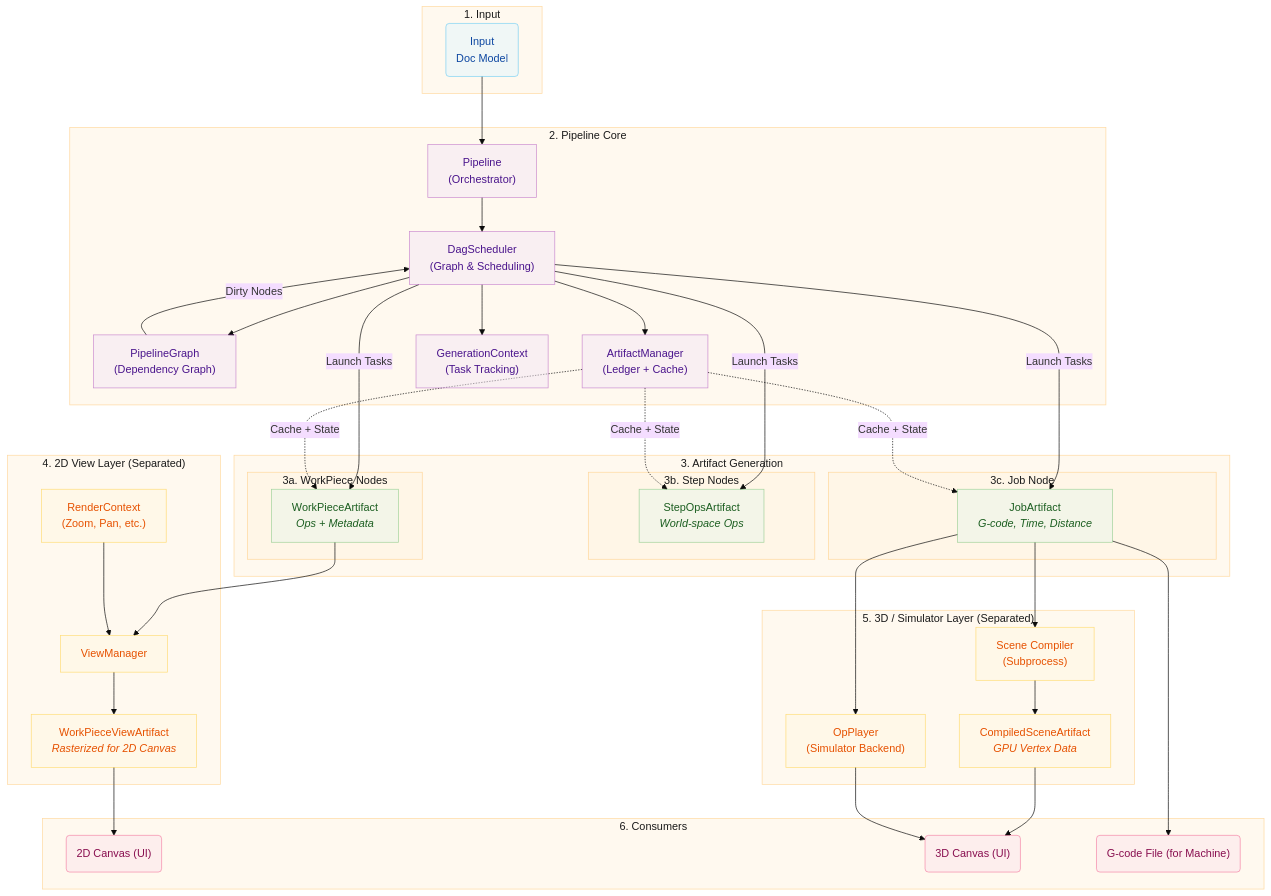
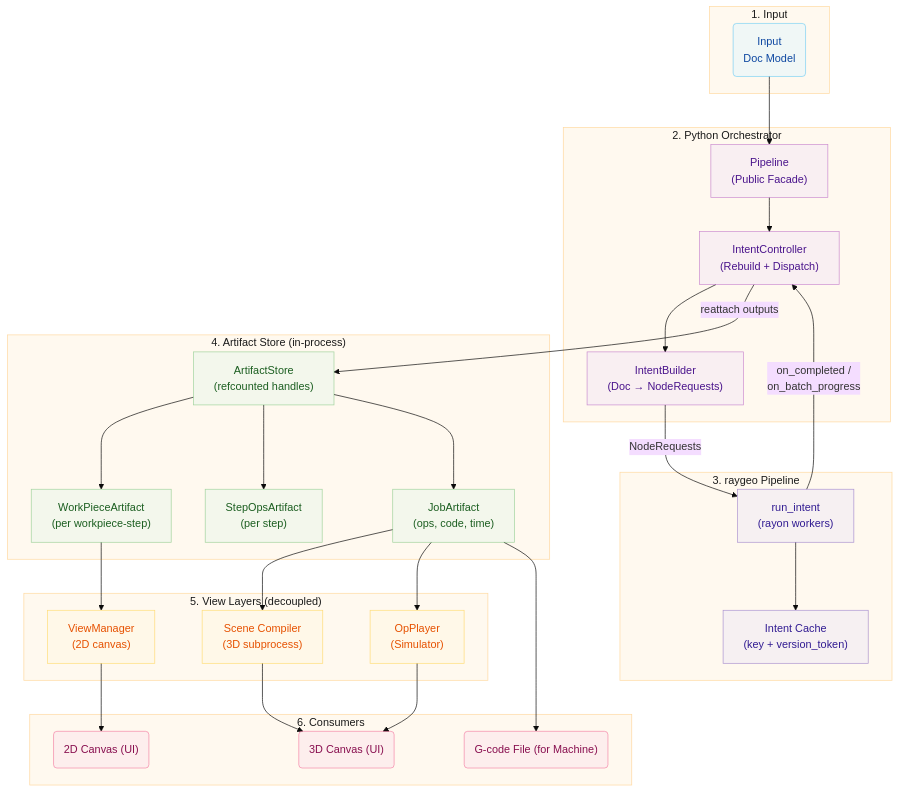
Before and after one commit to barebaric/rayforge: the diagram in website/docs/developer/pipeline.md, drawn with Mermaid (base theme). The commit also changed other lines of this file and 7 other files, not shown here.

````diff
--- a/website/docs/developer/pipeline.md
+++ b/website/docs/developer/pipeline.md
@@ -15,38 +20,28 @@
         InputNode("Input<br/>Doc Model")
     end
 
-    subgraph PipelineCore["2. Pipeline Core"]
-        Pipeline["Pipeline<br/>(Orchestrator)"]
-        DAG["DagScheduler<br/>(Graph & Scheduling)"]
-        Graph["PipelineGraph<br/>(Dependency Graph)"]
-        AM["ArtifactManager<br/>(Ledger + Cache)"]
-        GC["GenerationContext<br/>(Task Tracking)"]
+    subgraph PythonOrchestrator["2. Python Orchestrator"]
+        Pipeline["Pipeline<br/>(Public Facade)"]
+        IC["IntentController<br/>(Rebuild + Dispatch)"]
+        IB["IntentBuilder<br/>(Doc &rarr; NodeRequests)"]
     end
 
-    subgraph ArtifactGen["3. Artifact Generation"]
-        subgraph WorkPieceNodes["3a. WorkPiece Nodes"]
-            WP["WorkPieceArtifact<br/><i>Ops + Metadata</i>"]
-        end
-
-        subgraph StepNodes["3b. Step Nodes"]
-            SO["StepOpsArtifact<br/><i>World-space Ops</i>"]
-        end
-
-        subgraph JobNode["3c. Job Node"]
-            JA["JobArtifact<br/><i>G-code, Time, Distance</i>"]
-        end
+    subgraph Raygeo["3. raygeo Pipeline"]
+        RI["run_intent<br/>(rayon workers)"]
+        Cache["Intent Cache<br/>(key + version_token)"]
     end
 
-    subgraph View2D["4. 2D View Layer (Separated)"]
-        VM["ViewManager"]
-        RC["RenderContext<br/>(Zoom, Pan, etc.)"]
-        WV["WorkPieceViewArtifact<br/><i>Rasterized for 2D Canvas</i>"]
+    subgraph Artifacts["4. Artifact Store (in-process)"]
+        Store["ArtifactStore<br/>(refcounted handles)"]
+        WP["WorkPieceArtifact<br/>(per workpiece-step)"]
+        SO["StepOpsArtifact<br/>(per step)"]
+        JA["JobArtifact<br/>(ops, code, time)"]
     end
 
-    subgraph View3D["5. 3D / Simulator Layer (Separated)"]
-        SC["Scene Compiler<br/>(Subprocess)"]
-        CS["CompiledSceneArtifact<br/><i>GPU Vertex Data</i>"]
-        OP["OpPlayer<br/>(Simulator Backend)"]
+    subgraph View["5. View Layers (decoupled)"]
+        VM["ViewManager<br/>(2D canvas)"]
+        SC["Scene Compiler<br/>(3D subprocess)"]
+        OP["OpPlayer<br/>(Simulator)"]
     end
 
     subgraph Consumers["6. Consumers"]
@@ -56,43 +51,37 @@
     end
 
     InputNode --> Pipeline
-    Pipeline --> DAG
-    DAG --> Graph
-    DAG --> AM
-    DAG --> GC
-
-    Graph -->|"Dirty Nodes"| DAG
-    DAG -->|"Launch Tasks"| WP
-    DAG -->|"Launch Tasks"| SO
-    DAG -->|"Launch Tasks"| JA
-
-    AM -.->|"Cache + State"| WP
-    AM -.->|"Cache + State"| SO
-    AM -.->|"Cache + State"| JA
+    Pipeline --> IC
+    IC --> IB
+    IB -->|"NodeRequests"| RI
+    RI -->|"on_completed /<br/>on_batch_progress"| IC
+    RI --> Cache
+    IC -->|"reattach outputs"| Store
+    Store --> WP
+    Store --> SO
+    Store --> JA
 
     WP --> VM
     JA --> SC
     JA --> OP
     JA --> File
 
-    RC --> VM
-    VM --> WV
-    WV --> Vis2D
-
-    SC --> CS
-    CS --> Vis3D
+    VM --> Vis2D
+    SC --> Vis3D
     OP --> Vis3D
 
     classDef clusterBox fill:#fff3e080,stroke:#ffb74d80,stroke-width:1px,color:#1a1a1a
     classDef inputNode fill:#e1f5fe80,stroke:#03a9f480,color:#0d47a1
-    classDef coreNode fill:#f3e5f580,stroke:#9c27b080,color:#4a148c
+    classDef pyNode fill:#f3e5f580,stroke:#9c27b080,color:#4a148c
+    classDef raygeoNode fill:#ede7f680,stroke:#5e35b180,color:#311b92
     classDef artifactNode fill:#e8f5e980,stroke:#4caf5080,color:#1b5e20
     classDef viewNode fill:#fff8e180,stroke:#ffc10780,color:#e65100
     classDef consumerNode fill:#fce4ec80,stroke:#e91e6380,color:#880e4f
-    class Input,PipelineCore,ArtifactGen,WorkPieceNodes,StepNodes,JobNode,View2D,View3D,Consumers clusterBox
+    class Input,PythonOrchestrator,Raygeo,Artifacts,View,Consumers clusterBox
     class InputNode inputNode
-    class Pipeline,DAG,Graph,AM,GC coreNode
-    class WP,SO,JA artifactNode
-    class VM,RC,WV,SC,CS,OP viewNode
+    class Pipeline,IC,IB pyNode
+    class RI,Cache raygeoNode
+    class Store,WP,SO,JA artifactNode
+    class VM,SC,OP viewNode
     class Vis2D,Vis3D,File consumerNode
 ```
````
